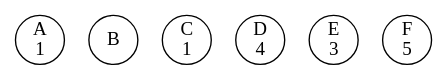
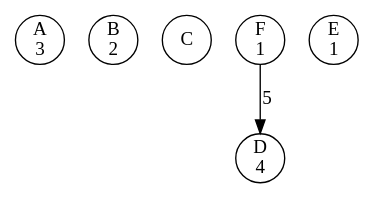
Before and after one commit to li23179/GO: the diagram in concurrency-lab-2/bank/out/0000000005.gv, drawn with Graphviz. The commit also changed 24 other files, not shown here.

```diff
--- a/concurrency-lab-2/bank/out/0000000005.gv
+++ b/concurrency-lab-2/bank/out/0000000005.gv
@@ -1,8 +1,9 @@
 digraph bank {
-	 0 [label= "A\n1" , pos= "1,0!" , shape=circle, fixedsize=true, width=0.5 ]
-	 1 [label= "B\n" , pos= "0,1!" , shape=circle, fixedsize=true, width=0.5 ]
-	 2 [label= "C\n1" , pos= "1,2!" , shape=circle, fixedsize=true, width=0.5 ]
+	 0 [label= "A\n3" , pos= "1,0!" , shape=circle, fixedsize=true, width=0.5 ]
+	 1 [label= "B\n2" , pos= "0,1!" , shape=circle, fixedsize=true, width=0.5 ]
+	 2 [label= "C\n" , pos= "1,2!" , shape=circle, fixedsize=true, width=0.5 ]
 	 3 [label= "D\n4" , pos= "2,2!" , shape=circle, fixedsize=true, width=0.5 ]
-	 4 [label= "E\n3" , pos= "3,1!" , shape=circle, fixedsize=true, width=0.5 ]
-	 5 [label= "F\n5" , pos= "2,0!" , shape=circle, fixedsize=true, width=0.5 ]
+	 4 [label= "E\n1" , pos= "3,1!" , shape=circle, fixedsize=true, width=0.5 ]
+	 5 [label= "F\n1" , pos= "2,0!" , shape=circle, fixedsize=true, width=0.5 ]
+	 "5" -> "3" [label= "5" ]
 }
```
